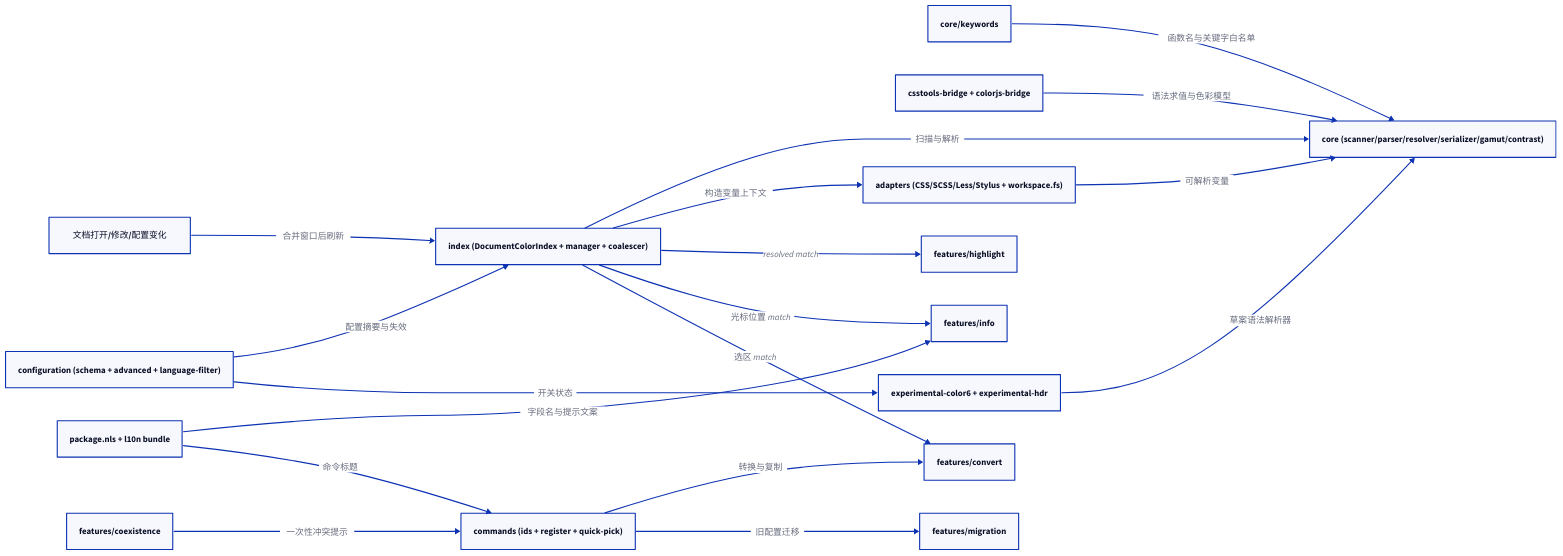
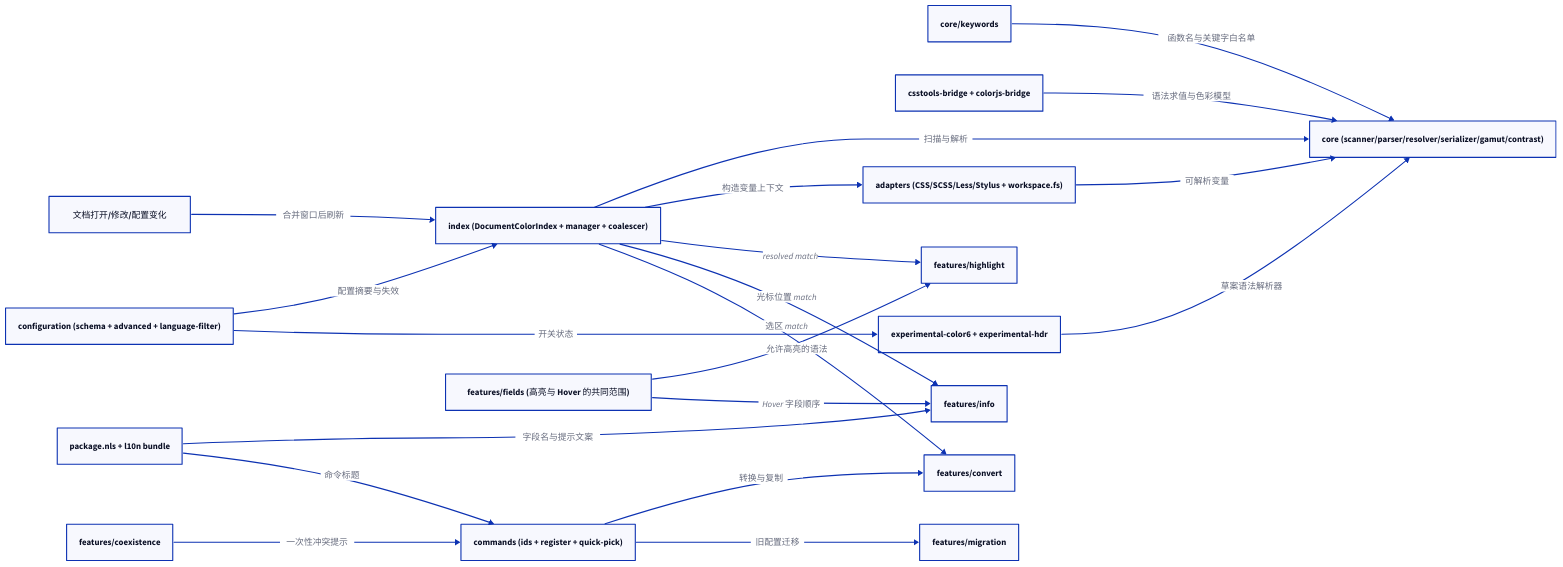
One commit to HeavenSky/w3c-color-toolkit changed the diagram in docs/20260804_三款颜色插件合并与W3C颜色支持改造.md. Above: the diagram before and after it, drawn with D2. The commit also changed other lines of this file and 33 other files, not shown here.

````diff
--- a/docs/20260804_三款颜色插件合并与W3C颜色支持改造.md
+++ b/docs/20260804_三款颜色插件合并与W3C颜色支持改造.md
@@ -267,37 +269,40 @@
 ```d2
 direction: right
 
 文档事件: 文档打开/修改/配置变化
 配置: configuration (schema + advanced + language-filter)
 命令: commands (ids + register + quick-pick)
 索引: index (DocumentColorIndex + manager + coalescer)
 内核: core (scanner/parser/resolver/serializer/gamut/contrast)
 关键字: core/keywords
 桥接: csstools-bridge + colorjs-bridge
 实验: experimental-color6 + experimental-hdr
 变量: adapters (CSS/SCSS/Less/Stylus + workspace.fs)
+字段: features/fields (高亮与 Hover 的共同范围)
 高亮: features/highlight
 信息: features/info
 转换: features/convert
 迁移: features/migration
 共存: features/coexistence
 本地化: package.nls + l10n bundle
 
 文档事件 -> 索引: 合并窗口后刷新
 配置 -> 索引: 配置摘要与失效
 配置 -> 实验: 开关状态
 关键字 -> 内核: 函数名与关键字白名单
 桥接 -> 内核: 语法求值与色彩模型
 实验 -> 内核: 草案语法解析器
 索引 -> 内核: 扫描与解析
 索引 -> 变量: 构造变量上下文
 变量 -> 内核: 可解析变量
 索引 -> 高亮: resolved match
+字段 -> 高亮: 允许高亮的语法
+字段 -> 信息: Hover 字段顺序
 索引 -> 信息: 光标位置 match
 索引 -> 转换: 选区 match
 命令 -> 转换: 转换与复制
 命令 -> 迁移: 旧配置迁移
 本地化 -> 信息: 字段名与提示文案
 本地化 -> 命令: 命令标题
 共存 -> 命令: 一次性冲突提示
 ```
````
